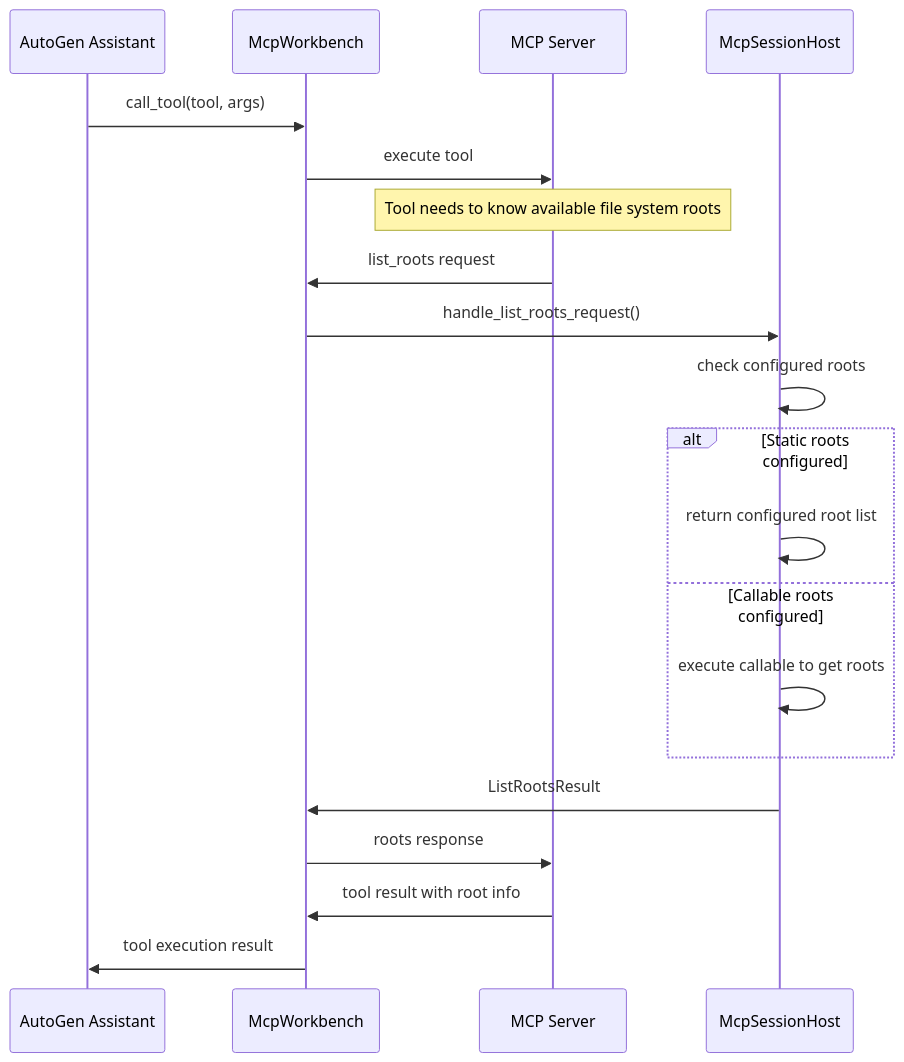
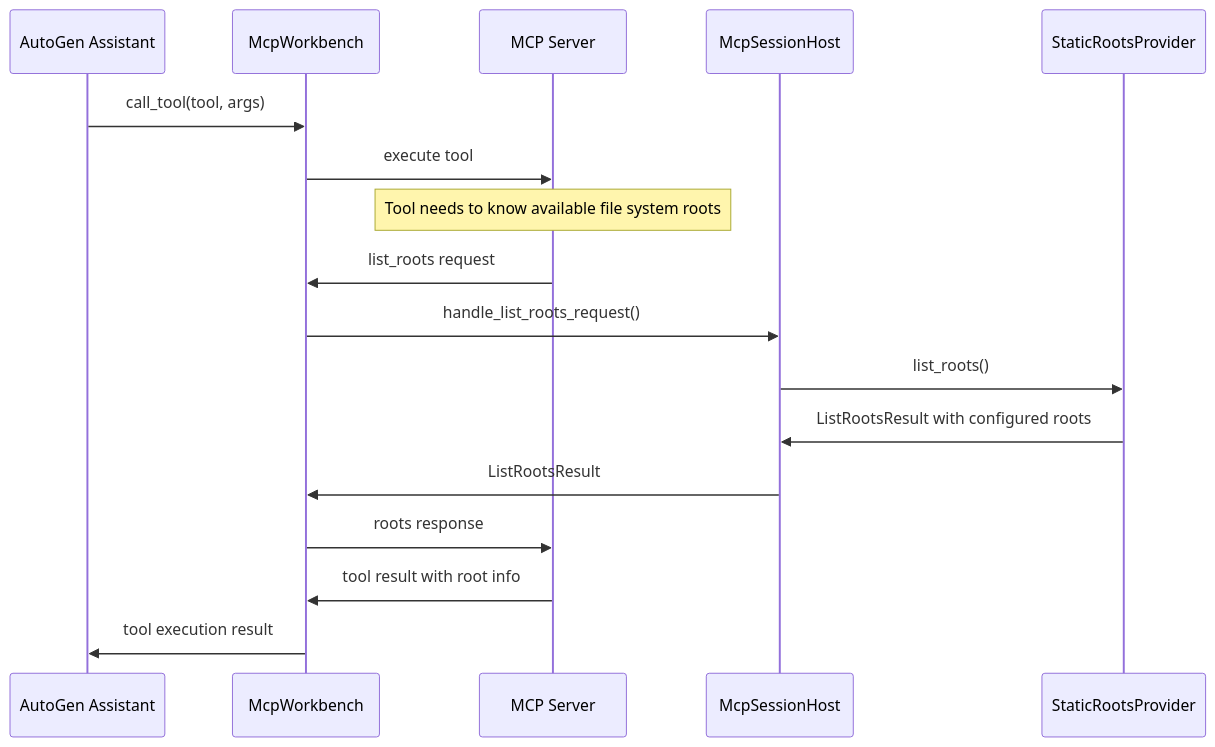
One commit to microsoft/autogen changed the fifth of 5 diagrams in python/packages/autogen-ext/src/autogen_ext/tools/mcp/_host/README.md. Above: the diagram before and after it, drawn with Mermaid. The commit also changed other lines of this file, not shown here.

Commit message:
Update mcp session host readme

````diff
--- a/python/packages/autogen-ext/src/autogen_ext/tools/mcp/_host/README.md
+++ b/python/packages/autogen-ext/src/autogen_ext/tools/mcp/_host/README.md
@@ -161,23 +139,20 @@
 ```mermaid
 sequenceDiagram
     participant Assistant as AutoGen Assistant
     participant Workbench as McpWorkbench
     participant Server as MCP Server
     participant Host as McpSessionHost
+    participant RootsProvider as StaticRootsProvider
 
     Assistant->>Workbench: call_tool(tool, args)
     Workbench->>Server: execute tool
     Note over Server: Tool needs to know available file system roots
     Server->>Workbench: list_roots request
     Workbench->>Host: handle_list_roots_request()
-    Host->>Host: check configured roots
-    alt Static roots configured
-        Host->>Host: return configured root list
-    else Callable roots configured
-        Host->>Host: execute callable to get roots
-    end
+    Host->>RootsProvider: list_roots()
+    RootsProvider->>Host: ListRootsResult with configured roots
     Host->>Workbench: ListRootsResult
     Workbench->>Server: roots response
     Server->>Workbench: tool result with root info
     Workbench->>Assistant: tool execution result
 ```
````
